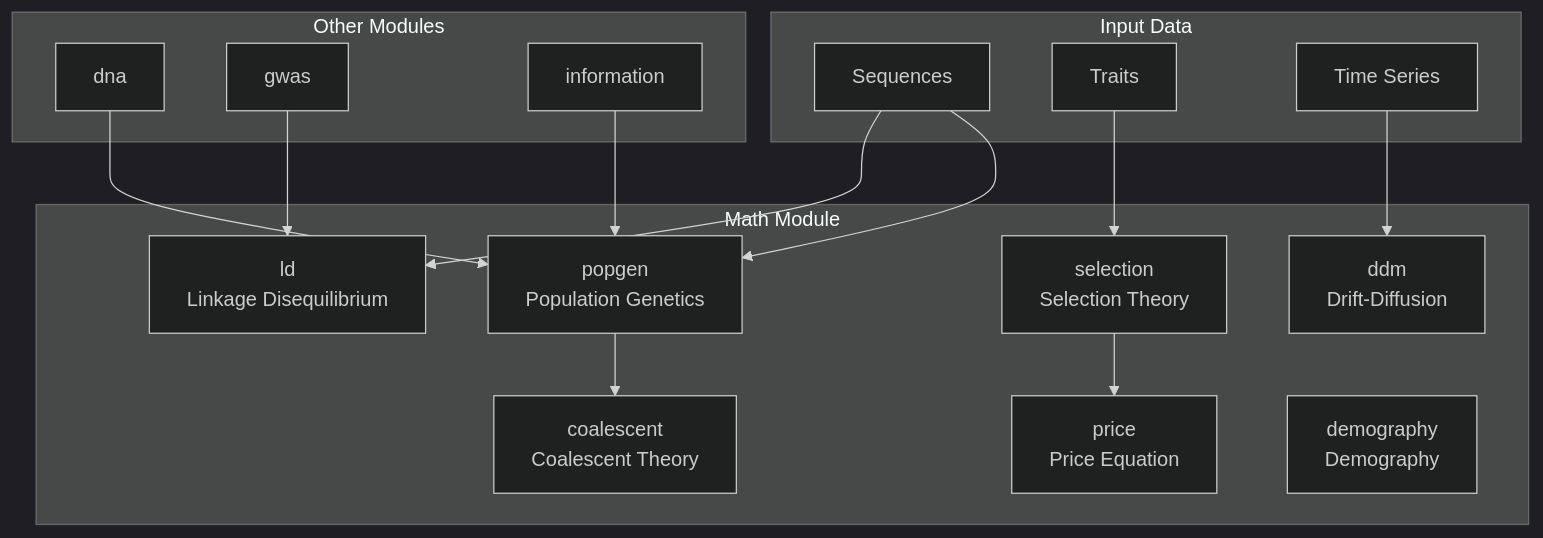
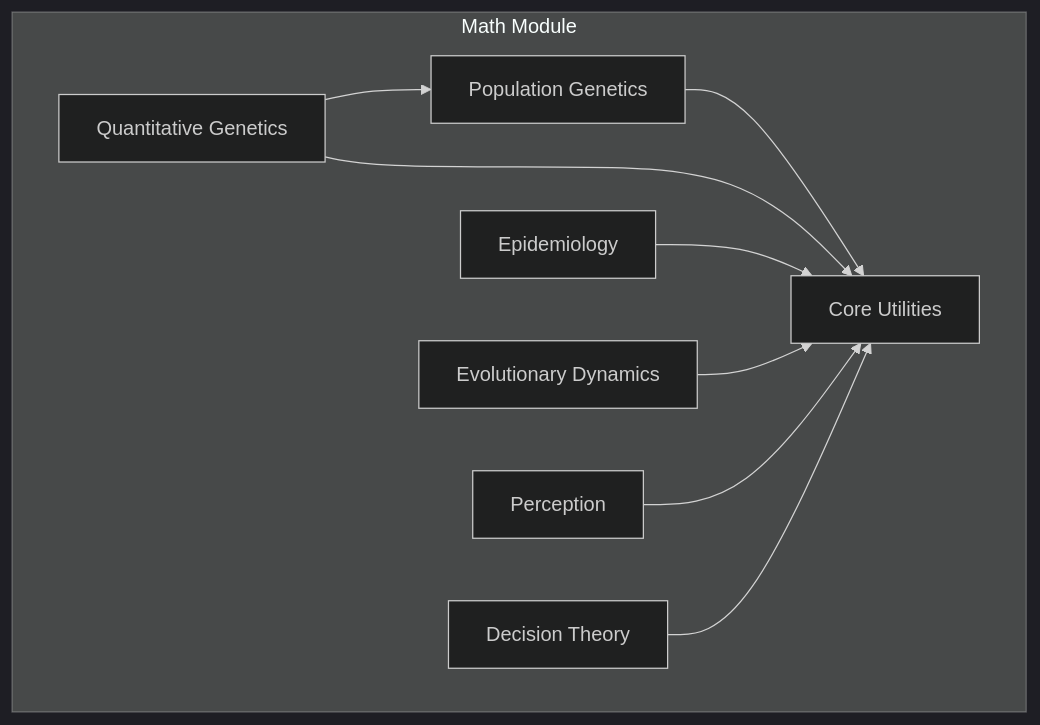
Before and after one commit to docxology/MetaInformAnt: the diagram in src/metainformant/math/README.md, drawn with Mermaid (dark theme). The commit also changed other lines of this file and 722 other files, not shown here.

````diff
--- a/src/metainformant/math/README.md
+++ b/src/metainformant/math/README.md
@@ -15,34 +19,21 @@
 ```mermaid
 graph TB
     subgraph "Math Module"
-        Price[price<br/>Price Equation]
-        Selection[selection<br/>Selection Theory]
-        PopGen[popgen<br/>Population Genetics]
-        DDM[ddm<br/>Drift-Diffusion]
-        LD[ld<br/>Linkage Disequilibrium]
-        Coalescent[coalescent<br/>Coalescent Theory]
-        Demography[demography<br/>Demography]
+        PopGen[Population Genetics]
+        Epi[Epidemiology]
+        QuantGen[Quantitative Genetics]
+        EvoDyn[Evolutionary Dynamics]
+        Perception[Perception]
+        Decision[Decision Theory]
+        Core[Core Utilities]
     end
     
-    subgraph "Input Data"
-        Sequences[Sequences]
-        Traits[Traits]
-        TimeSeries[Time Series]
-    end
+    PopGen --> Core
+    QuantGen --> Core
+    Epi --> Core
+    EvoDyn --> Core
+    Perception --> Core
+    Decision --> Core
     
-    subgraph "Other Modules"
-        DNA_Mod[dna]
-        GWAS_Mod[gwas]
-        Info_Mod[information]
-    end
-    
-    Sequences --> PopGen
-    Sequences --> LD
-    Traits --> Selection
-    TimeSeries --> DDM
-    PopGen --> Coalescent
-    Selection --> Price
-    DNA_Mod --> PopGen
-    GWAS_Mod --> LD
-    Info_Mod --> PopGen
+    QuantGen --> PopGen
 ```
````
